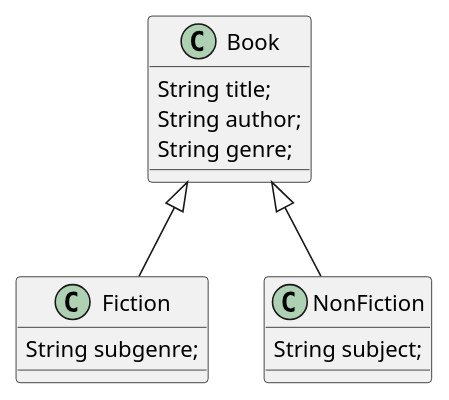
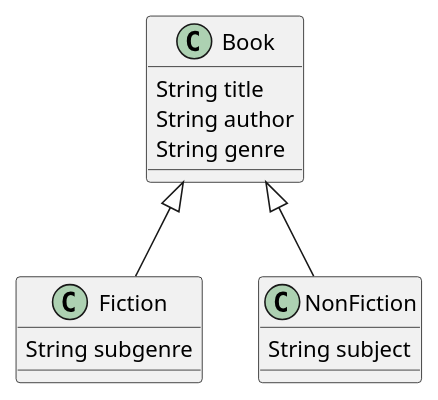
One commit to orm-camp-flutter-2ki/learn_dart_together changed the diagram in lib/24_03_12/practice_07/library.puml. Above: the diagram before and after it, drawn with PlantUML. The commit also changed 1 other file, not shown here.

Commit message:
chore: library, vehicles 다이어그램 ; 제거

```diff
--- a/lib/24_03_12/practice_07/library.puml
+++ b/lib/24_03_12/practice_07/library.puml
@@ -1,15 +1,15 @@
 @startuml
 class Book {
-    String title;
-    String author;
-    String genre;
+    String title
+    String author
+    String genre
 }
 
 class Fiction extends Book {
-    String subgenre;
+    String subgenre
 }
 
 class NonFiction extends Book {
-    String subject;
+    String subject
 }
 @enduml
```
